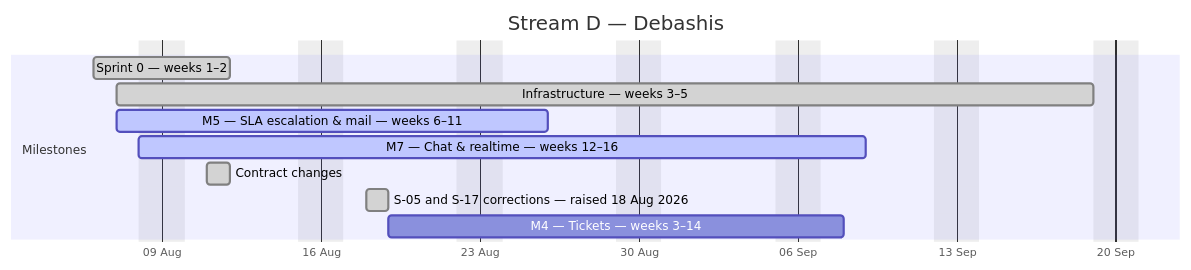
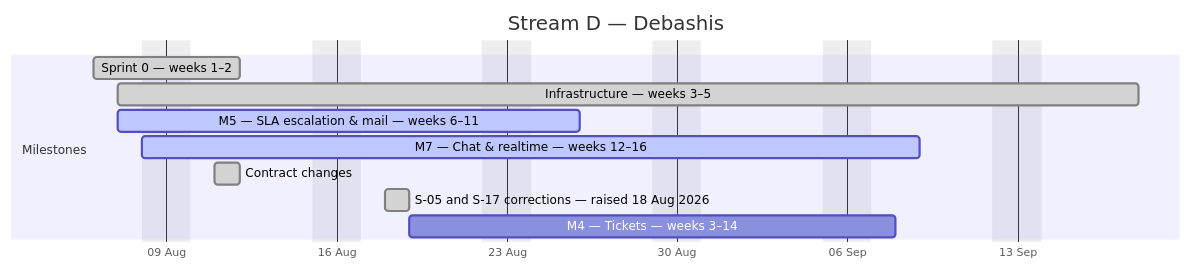
Before and after one commit to debashisedunext/EduTrack: the fourth of 4 diagrams in docs/plan/GANTT.md, drawn with Mermaid. The commit also changed other lines of this file and 3 other files, not shown here.

````diff
--- a/docs/plan/GANTT.md
+++ b/docs/plan/GANTT.md
@@ -133,15 +133,15 @@
 ```mermaid
 gantt
     dateFormat YYYY-MM-DD
     axisFormat %d %b
     title Stream D — Debashis
     excludes weekends
     section Milestones
     Sprint 0 — weeks 1–2 :done, d0, 2026-08-06, 4d
-    Infrastructure — weeks 3–5 :done, d1, 2026-08-07, 31d
+    Infrastructure — weeks 3–5 :done, d1, 2026-08-07, 30d
     M5 — SLA  escalation & mail — weeks 6–11 :active, d2, 2026-08-07, 13d
     M7 — Chat & realtime — weeks 12–16 :active, d3, 2026-08-08, 23d
     Contract changes :done, d4, 2026-08-11, 1d
     S-05 and S-17 corrections — raised 18 Aug 2026 :done, d5, 2026-08-18, 1d
     M4 — Tickets — weeks 3–14 :d6, 2026-08-19, 14d
 ```
````
